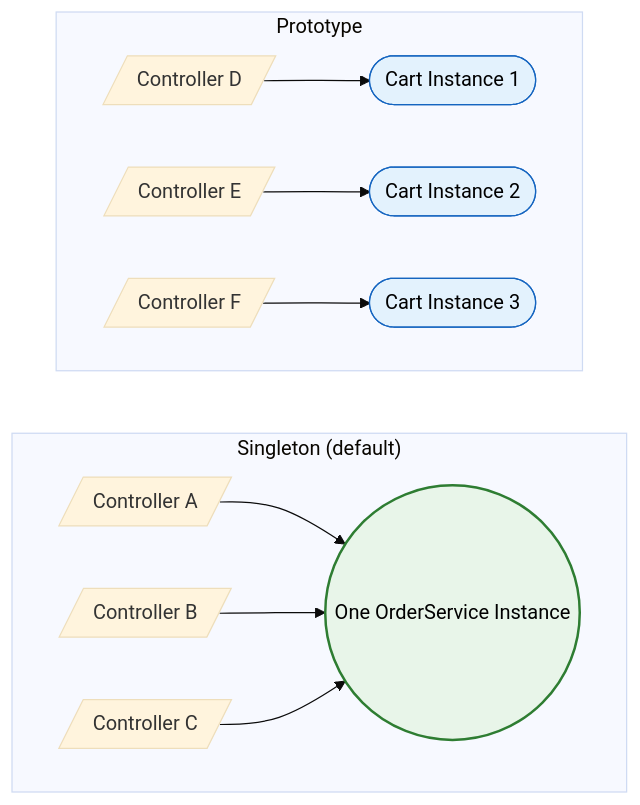
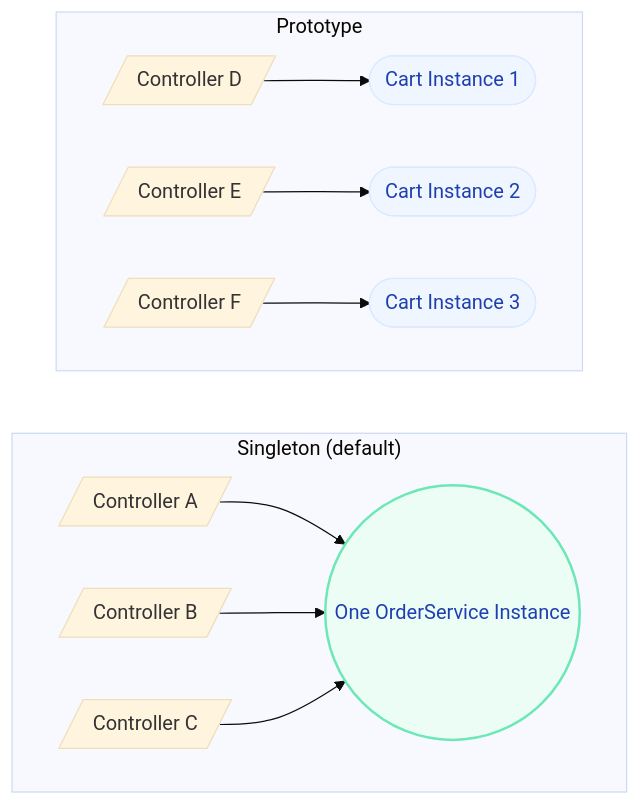
Before and after one commit to saivamsikaruturi/vamsilabs-dev-notes-main: the second of 2 diagrams in docs/springboot/bean-lifecycle.md, drawn with Mermaid (base theme). The commit also changed other lines of this file and 220 other files, not shown here.

First line of the commit message:
Add 50+ new Java/Spring Boot pages, rewrite CSS code blocks to Oracle style, fix all diagram colors

````diff
--- a/docs/springboot/bean-lifecycle.md
+++ b/docs/springboot/bean-lifecycle.md
@@ -162,22 +162,22 @@
 ```mermaid
 flowchart LR
     subgraph Singleton["Singleton (default)"]
         direction LR
         S(("One OrderService Instance"))
         A[/"Controller A"/] --> S
         B[/"Controller B"/] --> S
         C[/"Controller C"/] --> S
     end
     
     subgraph Prototype["Prototype"]
         direction LR
         D[/"Controller D"/] --> P1(["Cart Instance 1"])
         E[/"Controller E"/] --> P2(["Cart Instance 2"])
         F[/"Controller F"/] --> P3(["Cart Instance 3"])
     end
 
-    style S fill:#E8F5E9,stroke:#2E7D32,stroke-width:2px,color:#000
-    style P1 fill:#E3F2FD,stroke:#1565C0,color:#000
-    style P2 fill:#E3F2FD,stroke:#1565C0,color:#000
-    style P3 fill:#E3F2FD,stroke:#1565C0,color:#000
+    style S fill:#ECFDF5,stroke:#6EE7B7,stroke-width:2px,color:#1E40AF
+    style P1 fill:#EFF6FF,stroke:#DBEAFE,color:#1E40AF
+    style P2 fill:#EFF6FF,stroke:#DBEAFE,color:#1E40AF
+    style P3 fill:#EFF6FF,stroke:#DBEAFE,color:#1E40AF
 ```
````
